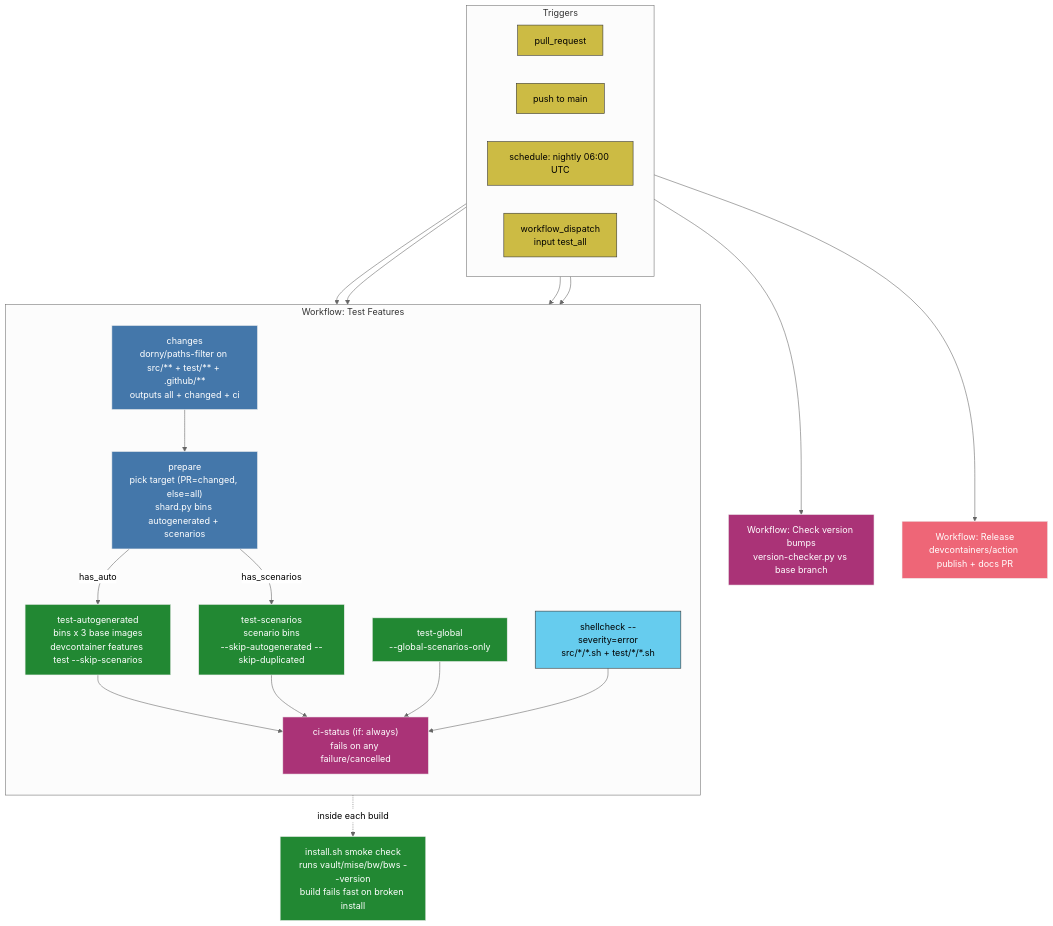
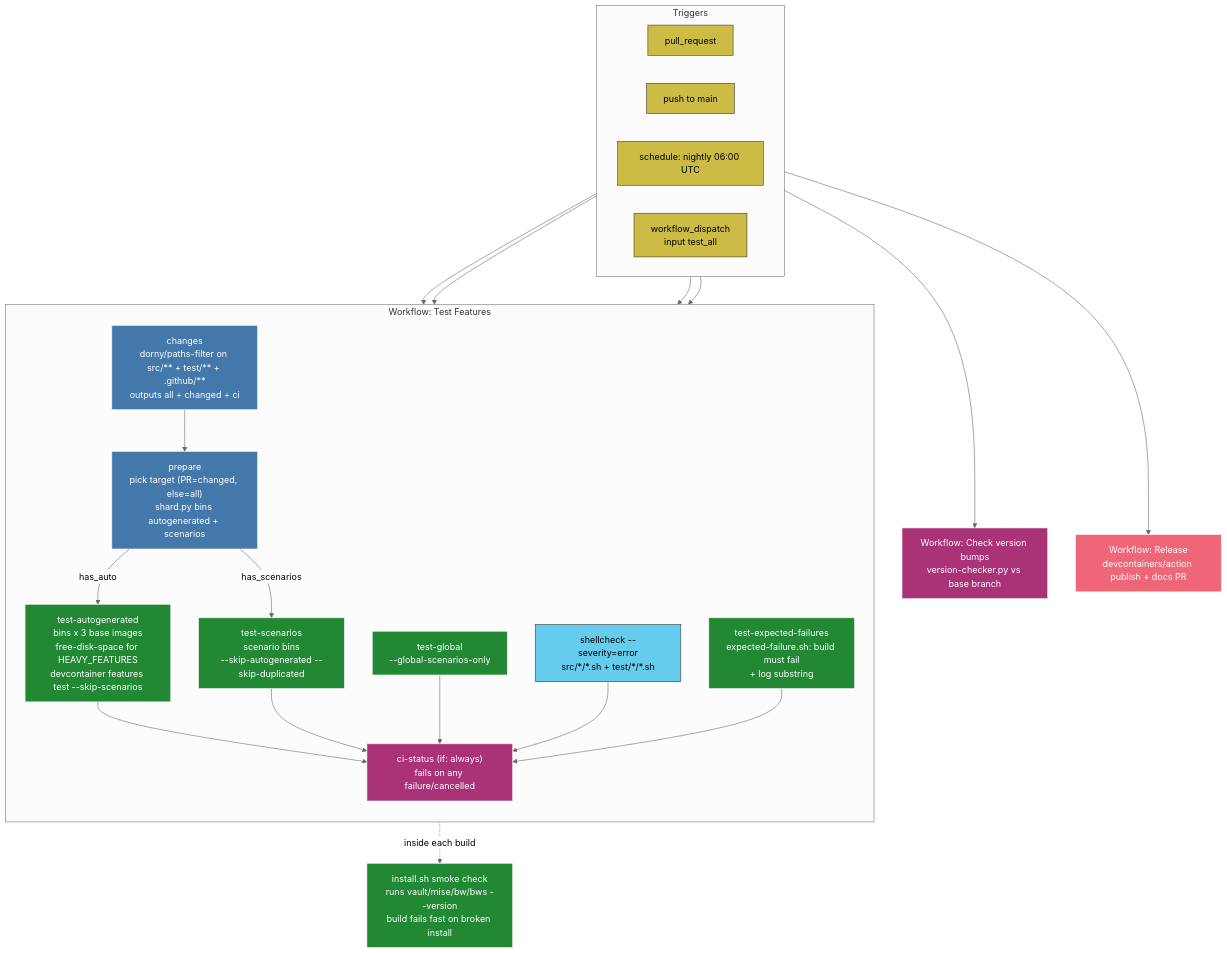
The first of 2 diagrams in docs/ci-cd.md (DgxSparkLabs/devcontainer-features), drawn with Mermaid (neutral theme) before and after one commit. The commit also changed other lines of this file and 7 other files, not shown here.

First line of the commit message:
ci: adopt free-disk-space for heavy features + expected-failure scenarios

````diff
--- a/docs/ci-cd.md
+++ b/docs/ci-cd.md
@@ -14,48 +14,50 @@
 ```mermaid
 flowchart TB
   classDef trig  fill:#CCBB44,stroke:#333333,color:#000000;
   classDef plan  fill:#4477AA,stroke:#EEEEEE,color:#FFFFFF;
   classDef test  fill:#228833,stroke:#EEEEEE,color:#FFFFFF;
   classDef lint  fill:#66CCEE,stroke:#333333,color:#000000;
   classDef gate  fill:#AA3377,stroke:#EEEEEE,color:#FFFFFF;
   classDef ship  fill:#EE6677,stroke:#EEEEEE,color:#FFFFFF;
 
   subgraph TRIGGERS["Triggers"]
     direction LR
     T1["pull_request"]:::trig
     T2["push to main"]:::trig
     T3["schedule: nightly 06:00 UTC"]:::trig
     T4["workflow_dispatch<br/>input test_all"]:::trig
   end
 
   subgraph TESTWF["Workflow: Test Features"]
     direction TB
     C["changes<br/>dorny/paths-filter on src/** + test/** + .github/**<br/>outputs all + changed + ci"]:::plan
     P["prepare<br/>pick target (PR=changed, else=all)<br/>shard.py bins autogenerated + scenarios"]:::plan
-    A["test-autogenerated<br/>bins x 3 base images<br/>devcontainer features test --skip-scenarios"]:::test
+    A["test-autogenerated<br/>bins x 3 base images<br/>free-disk-space for HEAVY_FEATURES<br/>devcontainer features test --skip-scenarios"]:::test
     S["test-scenarios<br/>scenario bins<br/>--skip-autogenerated --skip-duplicated"]:::test
     G["test-global<br/>--global-scenarios-only"]:::test
     L["shellcheck --severity=error<br/>src/*/*.sh + test/*/*.sh"]:::lint
+    EF["test-expected-failures<br/>expected-failure.sh: build must fail<br/>+ log substring"]:::test
     Z["ci-status (if: always)<br/>fails on any failure/cancelled"]:::gate
     C --> P
     P -->|has_auto| A
     P -->|has_scenarios| S
     A --> Z
     S --> Z
     G --> Z
     L --> Z
+    EF --> Z
   end
 
   VC["Workflow: Check version bumps<br/>version-checker.py vs base branch"]:::gate
   RL["Workflow: Release<br/>devcontainers/action publish + docs PR"]:::ship
 
   T1 --> C
   T2 --> C
   T3 --> C
   T4 --> C
   T1 --> VC
   T2 --> RL
 
   SMOKE["install.sh smoke check<br/>runs vault/mise/bw/bws --version<br/>build fails fast on broken install"]:::test
   A -.->|inside each build| SMOKE
 ```
````
